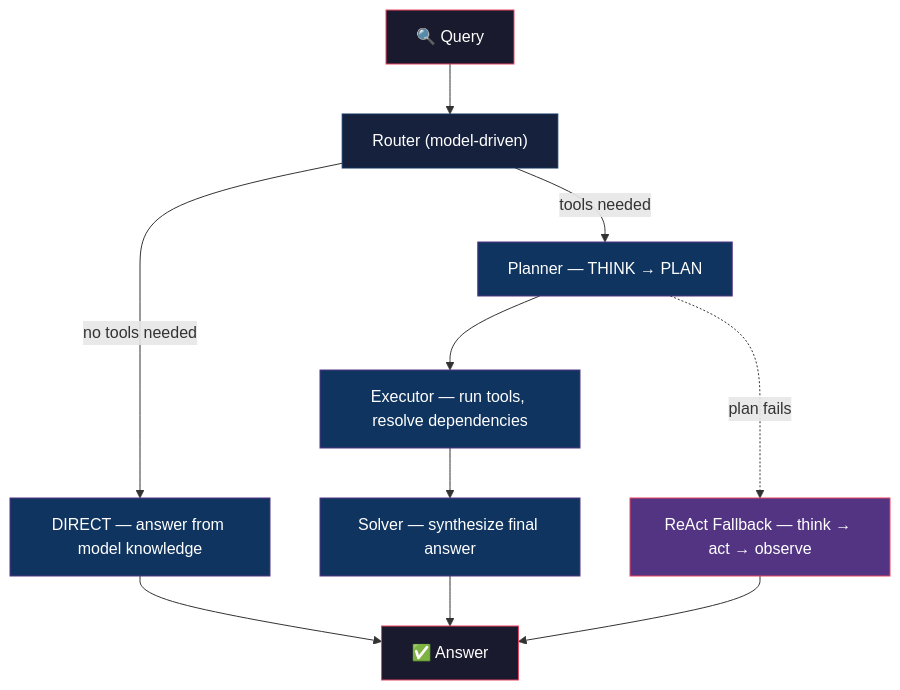
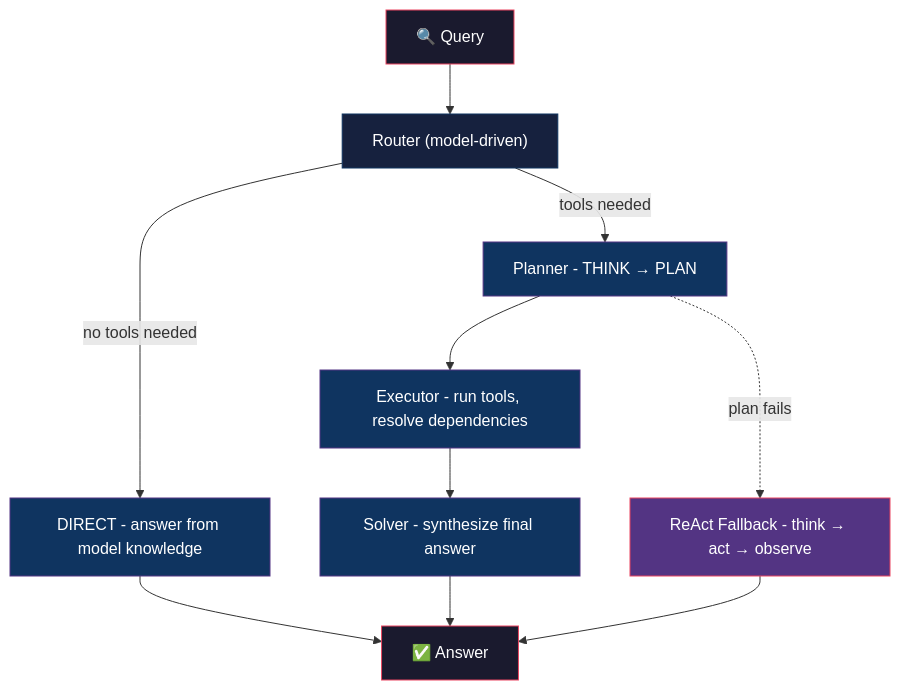
The diagram in README.md (riyanshibohra/OnsetLab), drawn with Mermaid before and after one commit. The commit also changed other lines of this file, not shown here.

````diff
--- a/README.md
+++ b/README.md
@@ -68,25 +68,25 @@
 ```mermaid
 flowchart TD
     Q["🔍 Query"] --> R["Router (model-driven)"]
 
-    R -->|"no tools needed"| D["DIRECT — answer from model knowledge"]
-    R -->|"tools needed"| P["Planner — THINK → PLAN"]
+    R -->|"no tools needed"| D["DIRECT - answer from model knowledge"]
+    R -->|"tools needed"| P["Planner - THINK → PLAN"]
 
-    P --> E["Executor — run tools, resolve dependencies"]
-    E --> S["Solver — synthesize final answer"]
+    P --> E["Executor - run tools, resolve dependencies"]
+    E --> S["Solver - synthesize final answer"]
 
-    P -. "plan fails" .-> RE["ReAct Fallback — think → act → observe"]
+    P -. "plan fails" .-> RE["ReAct Fallback - think → act → observe"]
 
     D --> A["✅ Answer"]
     S --> A
     RE --> A
 
     style Q fill:#1a1a2e,stroke:#e94560,color:#fff
     style R fill:#16213e,stroke:#0f3460,color:#fff
     style D fill:#0f3460,stroke:#533483,color:#fff
     style P fill:#0f3460,stroke:#533483,color:#fff
     style E fill:#0f3460,stroke:#533483,color:#fff
     style S fill:#0f3460,stroke:#533483,color:#fff
     style RE fill:#533483,stroke:#e94560,color:#fff
     style A fill:#1a1a2e,stroke:#e94560,color:#fff
 ```
````
